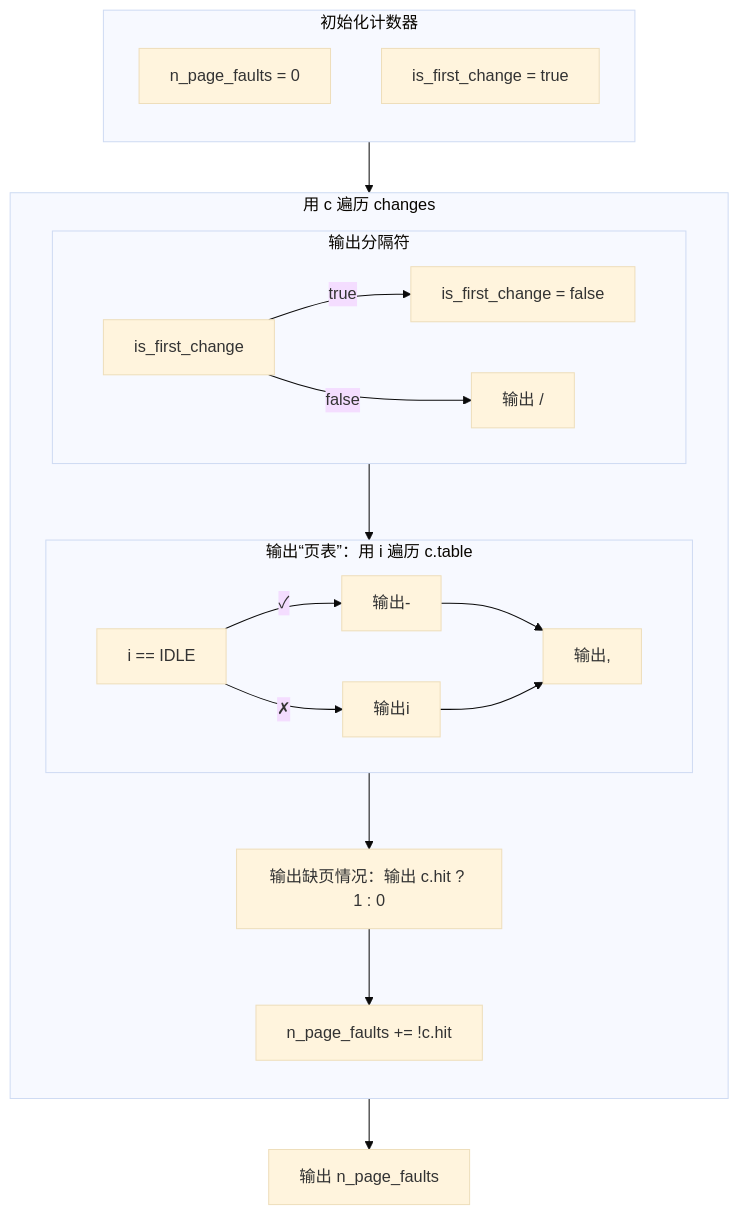
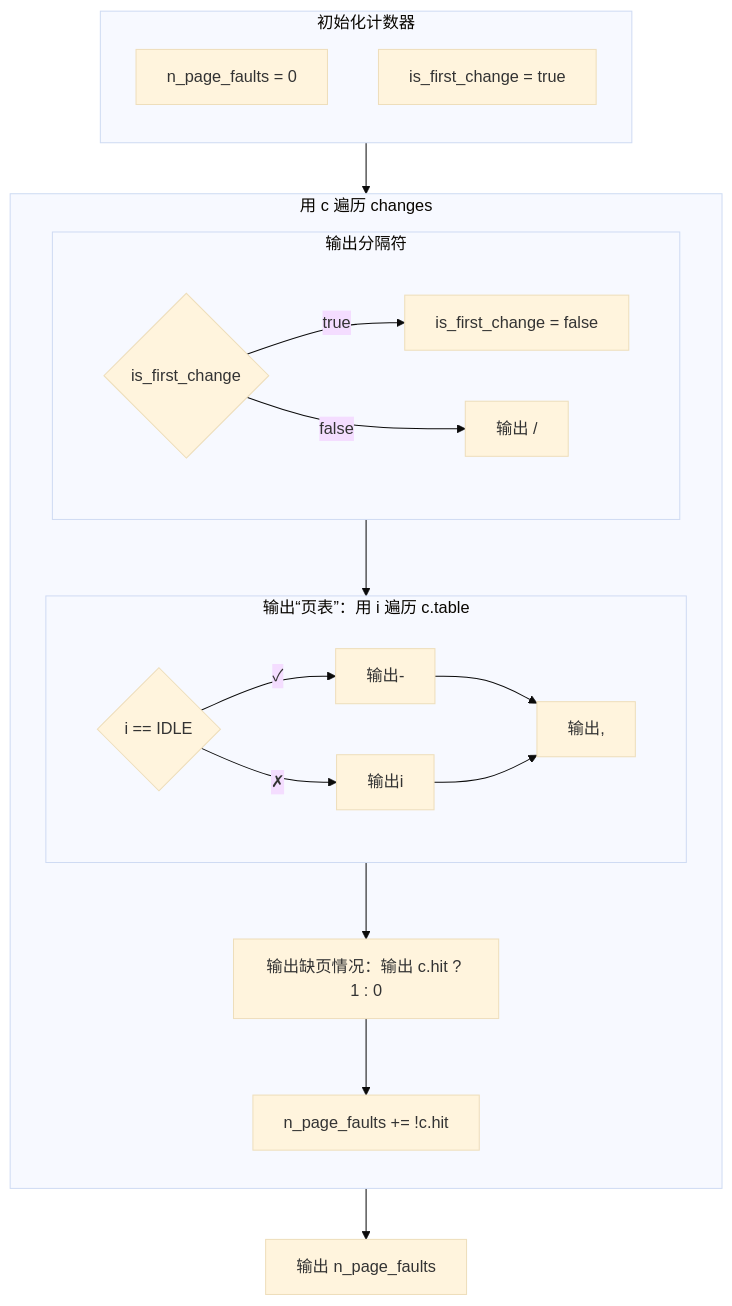
Before and after one commit to YDX-2147483647/os_homework: the fifth of 12 diagrams in doc/doc_3.md, drawn with Mermaid (base theme). The commit also changed other lines of this file, not shown here.

````diff
--- a/doc/doc_3.md
+++ b/doc/doc_3.md
@@ -150,30 +150,30 @@
    ```mermaid
    flowchart TB
    初始化计数器 --> for --> out_n[输出 n_page_faults]
    
    subgraph 初始化计数器
        direction TB
        init_n_page_faults[n_page_faults = 0]
        init_is_first_change[is_first_change = true]
    end
    
    subgraph for[用 c 遍历 changes]
        direction TB
    
        输出分隔符 --> out_table --> 输出缺页情况 --> 计数[n_page_faults += !c.hit]
    
        subgraph 输出分隔符
-           is_first_change
+           is_first_change{is_first_change}
            -->|true| set_is_first_change[is_first_change = false]
            is_first_change
            -->|false| sep["输出 /"]
        end
    
        subgraph out_table["输出“页表”：用 i 遍历 c.table"]
-           idle[i == IDLE] -->|"✓"| 输出- --> 输出,
+           idle{i == IDLE} -->|"✓"| 输出- --> 输出,
            idle -->|"✗"| 输出i --> 输出,
        end
        
        输出缺页情况["输出缺页情况：输出 c.hit ? 1 : 0"]
    end
    ```
````
